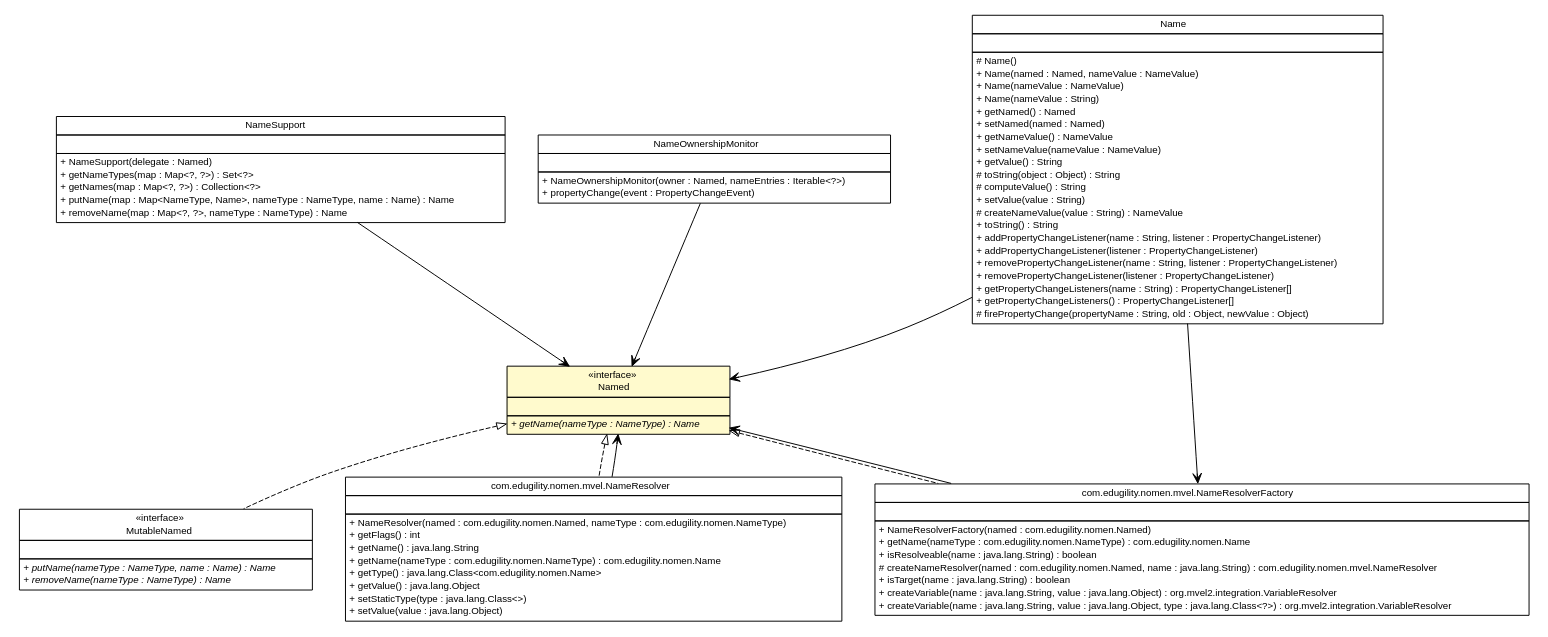
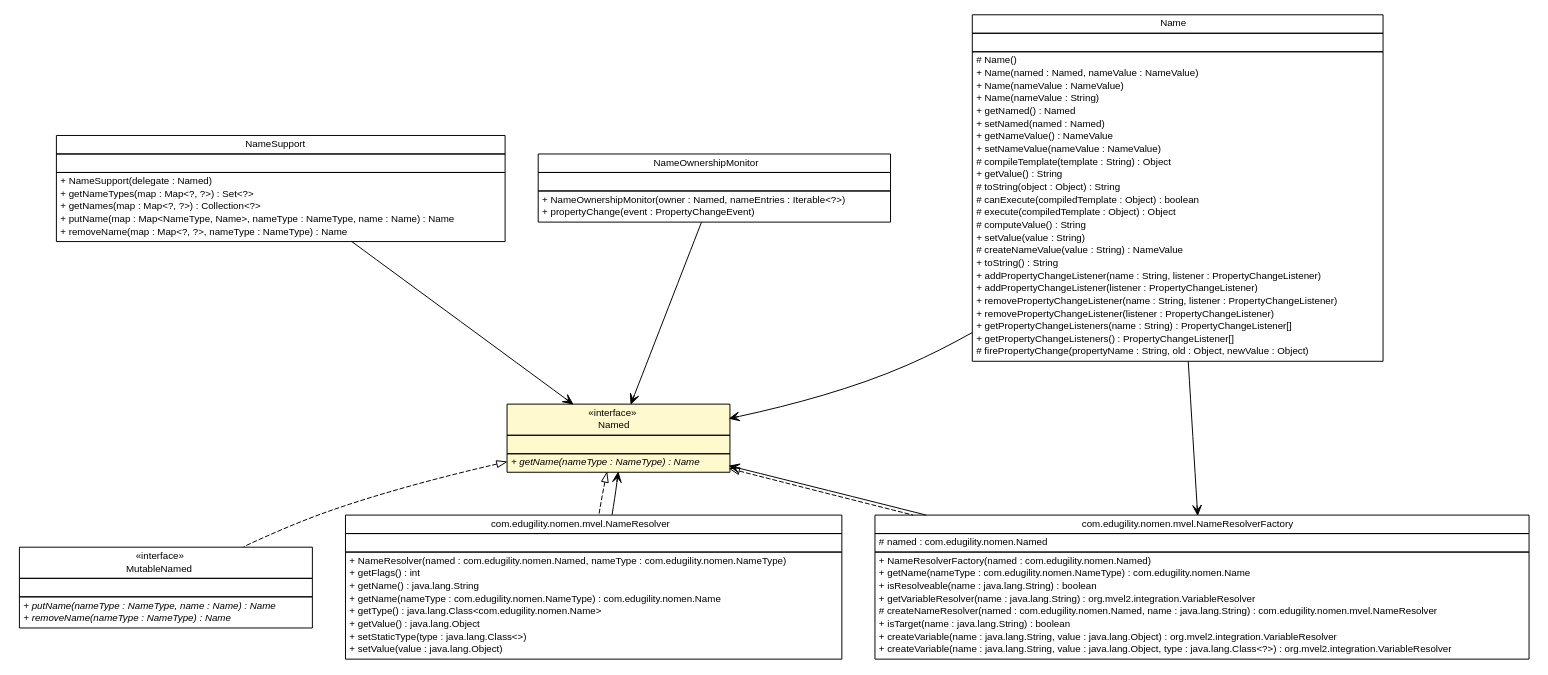
One commit to ljnelson/nomen changed the diagram in apidocs/com/edugility/nomen/Named.dot. Above: the diagram before and after it, drawn with Graphviz. The commit also changed 127 other files, not shown here.

```diff
--- a/apidocs/com/edugility/nomen/Named.dot
+++ b/apidocs/com/edugility/nomen/Named.dot
@@ -10,7 +10,7 @@
 	nodesep=0.25;
 	ranksep=0.5;
 	// com.edugility.nomen.NameSupport
-	c173 [label=<<table title="com.edugility.nomen.NameSupport" border="0" cellborder="1" cellspacing="0" cellpadding="2" port="p" href="./NameSupport.html">
+	c171 [label=<<table title="com.edugility.nomen.NameSupport" border="0" cellborder="1" cellspacing="0" cellpadding="2" port="p" href="./NameSupport.html">
 		<tr><td><table border="0" cellspacing="0" cellpadding="1">
 <tr><td align="center" balign="center"> NameSupport </td></tr>
 		</table></td></tr>
@@ -26,7 +26,7 @@
 		</table></td></tr>
 		</table>>, URL="./NameSupport.html", fontname="Helvetica", fontcolor="black", fontsize=10.0];
 	// com.edugility.nomen.NameOwnershipMonitor
-	c174 [label=<<table title="com.edugility.nomen.NameOwnershipMonitor" border="0" cellborder="1" cellspacing="0" cellpadding="2" port="p" href="./NameOwnershipMonitor.html">
+	c172 [label=<<table title="com.edugility.nomen.NameOwnershipMonitor" border="0" cellborder="1" cellspacing="0" cellpadding="2" port="p" href="./NameOwnershipMonitor.html">
 		<tr><td><table border="0" cellspacing="0" cellpadding="1">
 <tr><td align="center" balign="center"> NameOwnershipMonitor </td></tr>
 		</table></td></tr>
@@ -39,7 +39,7 @@
 		</table></td></tr>
 		</table>>, URL="./NameOwnershipMonitor.html", fontname="Helvetica", fontcolor="black", fontsize=10.0];
 	// com.edugility.nomen.Named
-	c175 [label=<<table title="com.edugility.nomen.Named" border="0" cellborder="1" cellspacing="0" cellpadding="2" port="p" bgcolor="lemonChiffon" href="./Named.html">
+	c173 [label=<<table title="com.edugility.nomen.Named" border="0" cellborder="1" cellspacing="0" cellpadding="2" port="p" bgcolor="lemonChiffon" href="./Named.html">
 		<tr><td><table border="0" cellspacing="0" cellpadding="1">
 <tr><td align="center" balign="center"> &#171;interface&#187; </td></tr>
 <tr><td align="center" balign="center"> Named </td></tr>
@@ -52,7 +52,7 @@
 		</table></td></tr>
 		</table>>, URL="./Named.html", fontname="Helvetica", fontcolor="black", fontsize=10.0];
 	// com.edugility.nomen.Name
-	c176 [label=<<table title="com.edugility.nomen.Name" border="0" cellborder="1" cellspacing="0" cellpadding="2" port="p" href="./Name.html">
+	c174 [label=<<table title="com.edugility.nomen.Name" border="0" cellborder="1" cellspacing="0" cellpadding="2" port="p" href="./Name.html">
 		<tr><td><table border="0" cellspacing="0" cellpadding="1">
 <tr><td align="center" balign="center"> Name </td></tr>
 		</table></td></tr>
@@ -68,8 +68,11 @@
 <tr><td align="left" balign="left"> + setNamed(named : Named) </td></tr>
 <tr><td align="left" balign="left"> + getNameValue() : NameValue </td></tr>
 <tr><td align="left" balign="left"> + setNameValue(nameValue : NameValue) </td></tr>
+<tr><td align="left" balign="left"> # compileTemplate(template : String) : Object </td></tr>
 <tr><td align="left" balign="left"> + getValue() : String </td></tr>
 <tr><td align="left" balign="left"> # toString(object : Object) : String </td></tr>
+<tr><td align="left" balign="left"> # canExecute(compiledTemplate : Object) : boolean </td></tr>
+<tr><td align="left" balign="left"> # execute(compiledTemplate : Object) : Object </td></tr>
 <tr><td align="left" balign="left"> # computeValue() : String </td></tr>
 <tr><td align="left" balign="left"> + setValue(value : String) </td></tr>
 <tr><td align="left" balign="left"> # createNameValue(value : String) : NameValue </td></tr>
@@ -84,7 +87,7 @@
 		</table></td></tr>
 		</table>>, URL="./Name.html", fontname="Helvetica", fontcolor="black", fontsize=10.0];
 	// com.edugility.nomen.MutableNamed
-	c177 [label=<<table title="com.edugility.nomen.MutableNamed" border="0" cellborder="1" cellspacing="0" cellpadding="2" port="p" href="./MutableNamed.html">
+	c175 [label=<<table title="com.edugility.nomen.MutableNamed" border="0" cellborder="1" cellspacing="0" cellpadding="2" port="p" href="./MutableNamed.html">
 		<tr><td><table border="0" cellspacing="0" cellpadding="1">
 <tr><td align="center" balign="center"> &#171;interface&#187; </td></tr>
 <tr><td align="center" balign="center"> MutableNamed </td></tr>
@@ -98,17 +101,18 @@
 		</table></td></tr>
 		</table>>, URL="./MutableNamed.html", fontname="Helvetica", fontcolor="black", fontsize=10.0];
 	// com.edugility.nomen.mvel.NameResolverFactory
-	c180 [label=<<table title="com.edugility.nomen.mvel.NameResolverFactory" border="0" cellborder="1" cellspacing="0" cellpadding="2" port="p" href="./mvel/NameResolverFactory.html">
+	c178 [label=<<table title="com.edugility.nomen.mvel.NameResolverFactory" border="0" cellborder="1" cellspacing="0" cellpadding="2" port="p" href="./mvel/NameResolverFactory.html">
 		<tr><td><table border="0" cellspacing="0" cellpadding="1">
 <tr><td align="center" balign="center"> com.edugility.nomen.mvel.NameResolverFactory </td></tr>
 		</table></td></tr>
 		<tr><td><table border="0" cellspacing="0" cellpadding="1">
-<tr><td align="left" balign="left">  </td></tr>
+<tr><td align="left" balign="left"> # named : com.edugility.nomen.Named </td></tr>
 		</table></td></tr>
 		<tr><td><table border="0" cellspacing="0" cellpadding="1">
 <tr><td align="left" balign="left"> + NameResolverFactory(named : com.edugility.nomen.Named) </td></tr>
 <tr><td align="left" balign="left"> + getName(nameType : com.edugility.nomen.NameType) : com.edugility.nomen.Name </td></tr>
 <tr><td align="left" balign="left"> + isResolveable(name : java.lang.String) : boolean </td></tr>
+<tr><td align="left" balign="left"> + getVariableResolver(name : java.lang.String) : org.mvel2.integration.VariableResolver </td></tr>
 <tr><td align="left" balign="left"> # createNameResolver(named : com.edugility.nomen.Named, name : java.lang.String) : com.edugility.nomen.mvel.NameResolver </td></tr>
 <tr><td align="left" balign="left"> + isTarget(name : java.lang.String) : boolean </td></tr>
 <tr><td align="left" balign="left"> + createVariable(name : java.lang.String, value : java.lang.Object) : org.mvel2.integration.VariableResolver </td></tr>
@@ -116,7 +120,7 @@
 		</table></td></tr>
 		</table>>, URL="./mvel/NameResolverFactory.html", fontname="Helvetica", fontcolor="black", fontsize=10.0];
 	// com.edugility.nomen.mvel.NameResolver
-	c181 [label=<<table title="com.edugility.nomen.mvel.NameResolver" border="0" cellborder="1" cellspacing="0" cellpadding="2" port="p" href="./mvel/NameResolver.html">
+	c179 [label=<<table title="com.edugility.nomen.mvel.NameResolver" border="0" cellborder="1" cellspacing="0" cellpadding="2" port="p" href="./mvel/NameResolver.html">
 		<tr><td><table border="0" cellspacing="0" cellpadding="1">
 <tr><td align="center" balign="center"> com.edugility.nomen.mvel.NameResolver </td></tr>
 		</table></td></tr>
@@ -135,21 +139,21 @@
 		</table></td></tr>
 		</table>>, URL="./mvel/NameResolver.html", fontname="Helvetica", fontcolor="black", fontsize=10.0];
 	//com.edugility.nomen.MutableNamed implements com.edugility.nomen.Named
-	c175:p -> c177:p [dir=back,arrowtail=empty,style=dashed];
+	c173:p -> c175:p [dir=back,arrowtail=empty,style=dashed];
 	//com.edugility.nomen.mvel.NameResolverFactory implements com.edugility.nomen.Named
-	c175:p -> c180:p [dir=back,arrowtail=empty,style=dashed];
+	c173:p -> c178:p [dir=back,arrowtail=empty,style=dashed];
 	//com.edugility.nomen.mvel.NameResolver implements com.edugility.nomen.Named
-	c175:p -> c181:p [dir=back,arrowtail=empty,style=dashed];
+	c173:p -> c179:p [dir=back,arrowtail=empty,style=dashed];
 	// com.edugility.nomen.NameSupport NAVASSOC com.edugility.nomen.Named
-	c173:p -> c175:p [taillabel="", label="", headlabel="", fontname="Helvetica", fontcolor="black", fontsize=10.0, color="black", arrowhead=open];
+	c171:p -> c173:p [taillabel="", label="", headlabel="", fontname="Helvetica", fontcolor="black", fontsize=10.0, color="black", arrowhead=open];
 	// com.edugility.nomen.NameOwnershipMonitor NAVASSOC com.edugility.nomen.Named
-	c174:p -> c175:p [taillabel="", label="", headlabel="", fontname="Helvetica", fontcolor="black", fontsize=10.0, color="black", arrowhead=open];
+	c172:p -> c173:p [taillabel="", label="", headlabel="", fontname="Helvetica", fontcolor="black", fontsize=10.0, color="black", arrowhead=open];
 	// com.edugility.nomen.Name NAVASSOC com.edugility.nomen.Named
-	c176:p -> c175:p [taillabel="", label="", headlabel="", fontname="Helvetica", fontcolor="black", fontsize=10.0, color="black", arrowhead=open];
+	c174:p -> c173:p [taillabel="", label="", headlabel="", fontname="Helvetica", fontcolor="black", fontsize=10.0, color="black", arrowhead=open];
 	// com.edugility.nomen.Name NAVASSOC com.edugility.nomen.mvel.NameResolverFactory
-	c176:p -> c180:p [taillabel="", label="", headlabel="", fontname="Helvetica", fontcolor="black", fontsize=10.0, color="black", arrowhead=open];
+	c174:p -> c178:p [taillabel="", label="", headlabel="", fontname="Helvetica", fontcolor="black", fontsize=10.0, color="black", arrowhead=open];
 	// com.edugility.nomen.mvel.NameResolverFactory NAVASSOC com.edugility.nomen.Named
-	c180:p -> c175:p [taillabel="", label="", headlabel="", fontname="Helvetica", fontcolor="black", fontsize=10.0, color="black", arrowhead=open];
+	c178:p -> c173:p [taillabel="", label="", headlabel="", fontname="Helvetica", fontcolor="black", fontsize=10.0, color="black", arrowhead=open];
 	// com.edugility.nomen.mvel.NameResolver NAVASSOC com.edugility.nomen.Named
-	c181:p -> c175:p [taillabel="", label="", headlabel="", fontname="Helvetica", fontcolor="black", fontsize=10.0, color="black", arrowhead=open];
+	c179:p -> c173:p [taillabel="", label="", headlabel="", fontname="Helvetica", fontcolor="black", fontsize=10.0, color="black", arrowhead=open];
 }
```
